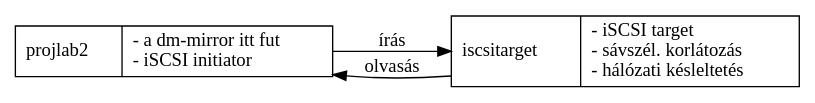
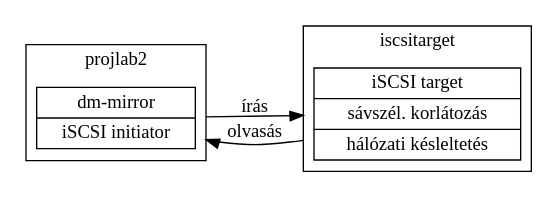
Before and after one commit to vmiklos/projlab2: the diagram in tex/slides/testarch.dot, drawn with Graphviz. The commit also changed 1 other file, not shown here.

```diff
--- a/tex/slides/testarch.dot
+++ b/tex/slides/testarch.dot
@@ -1,8 +1,15 @@
 digraph G {
         node [shape=record]
-        m0 [label="{projlab2 \l|- a dm-mirror itt fut\l- iSCSI initiator\l}"]
-        m1 [label="{iscsitarget \l|- iSCSI target\l- sávszél. korlátozás\l- hálózati késleltetés\l}"]
+	subgraph cluster0 {
+		label="projlab2"
+		m0 [label="{{dm-mirror|iSCSI initiator}}"]
+	}
+	subgraph cluster1 {
+		label="iscsitarget"
+		m1 [label="{{iSCSI target|sávszél. korlátozás|hálózati késleltetés}}"]
+	}
+	compound=true
 	rankdir=LR
-        m0 -> m1 [label="írás"]
-        m1 -> m0 [label="olvasás"]
+        m0 -> m1 [label="írás", ltail=cluster0, lhead=cluster1]
+        m1 -> m0 [label="olvasás", ltail=cluster1, lhead=cluster0]
 }
```
